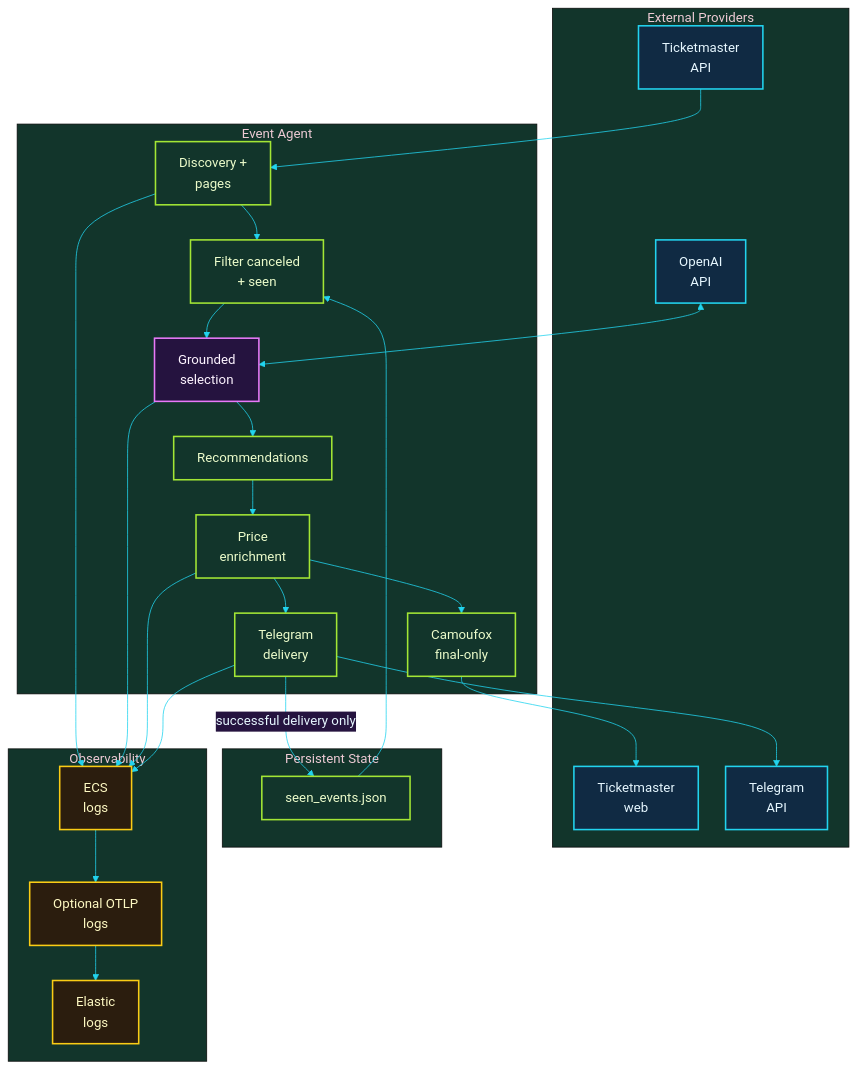
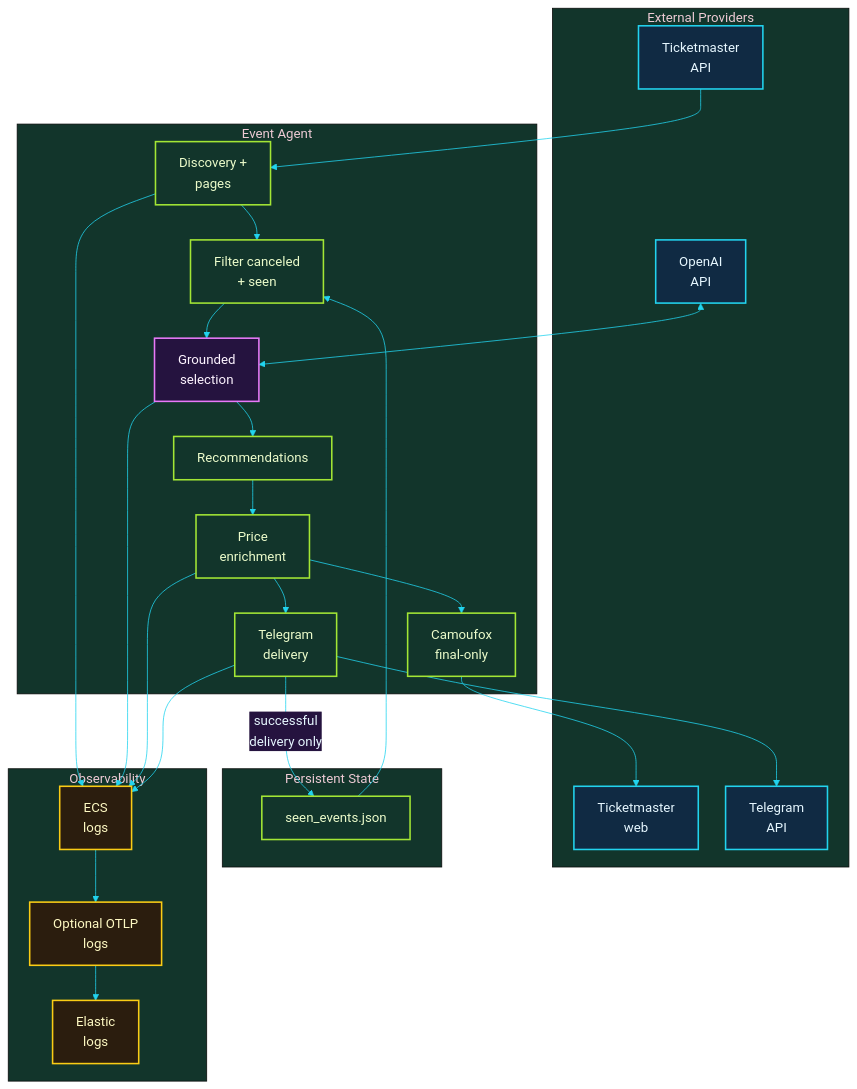
Before and after one commit to michalmarczuk/event-agent: the first of 3 diagrams in docs/architecture.md, drawn with Mermaid. The commit also changed other lines of this file and 6 other files, not shown here.

Commit message:
Simplify README product flow for newcomers

````diff
--- a/docs/architecture.md
+++ b/docs/architecture.md
@@ -30,51 +30,51 @@
 ```mermaid
 %%{init: {'theme': 'base', 'themeVariables': {'background': '#07111f', 'primaryColor': '#102a43', 'primaryTextColor': '#e6f7ff', 'primaryBorderColor': '#22d3ee', 'secondaryColor': '#25133f', 'tertiaryColor': '#12352b', 'lineColor': '#22d3ee', 'fontFamily': 'ui-sans-serif, system-ui', 'fontSize': '17px'}, 'flowchart': {'nodeSpacing': 35, 'rankSpacing': 45}}}%%
 flowchart TB
     subgraph providers["External Providers"]
         tm_api["Ticketmaster<br/>API"]
         openai["OpenAI<br/>API"]
         tm_web["Ticketmaster<br/>web"]
         telegram_api["Telegram<br/>API"]
     end
 
     subgraph event_agent["Event Agent"]
         discovery["Discovery +<br/>pages"]
         filtering["Filter canceled<br/>+ seen"]
         selection["Grounded<br/>selection"]
         final["Recommendations"]
         enrichment["Price<br/>enrichment"]
         camoufox["Camoufox<br/>final-only"]
         delivery["Telegram<br/>delivery"]
     end
 
     subgraph state["Persistent State"]
         history["seen_events.json"]
     end
 
     subgraph observability["Observability"]
         logs["ECS<br/>logs"]
         otlp["Optional OTLP<br/>logs"]
         elastic["Elastic<br/>logs"]
     end
 
     tm_api --> discovery --> filtering --> selection
     openai <--> selection
     selection --> final --> enrichment --> delivery
     enrichment --> camoufox --> tm_web
     delivery --> telegram_api
     history --> filtering
-    delivery -->|"successful delivery only"| history
+    delivery -->|"successful<br/>delivery only"| history
     discovery --> logs
     selection --> logs
     enrichment --> logs
     delivery --> logs --> otlp --> elastic
 
     classDef external fill:#102a43,stroke:#22d3ee,color:#e6f7ff,stroke-width:2px;
     classDef ai fill:#25133f,stroke:#e879f9,color:#fdf4ff,stroke-width:2px;
     classDef deterministic fill:#12352b,stroke:#a3e635,color:#ecfccb,stroke-width:2px;
     classDef observability fill:#2b1d0e,stroke:#facc15,color:#fef9c3,stroke-width:2px;
     class tm_api,openai,tm_web,telegram_api external;
     class selection ai;
     class discovery,filtering,final,enrichment,camoufox,delivery,history deterministic;
     class logs,otlp,elastic observability;
 ```
````
